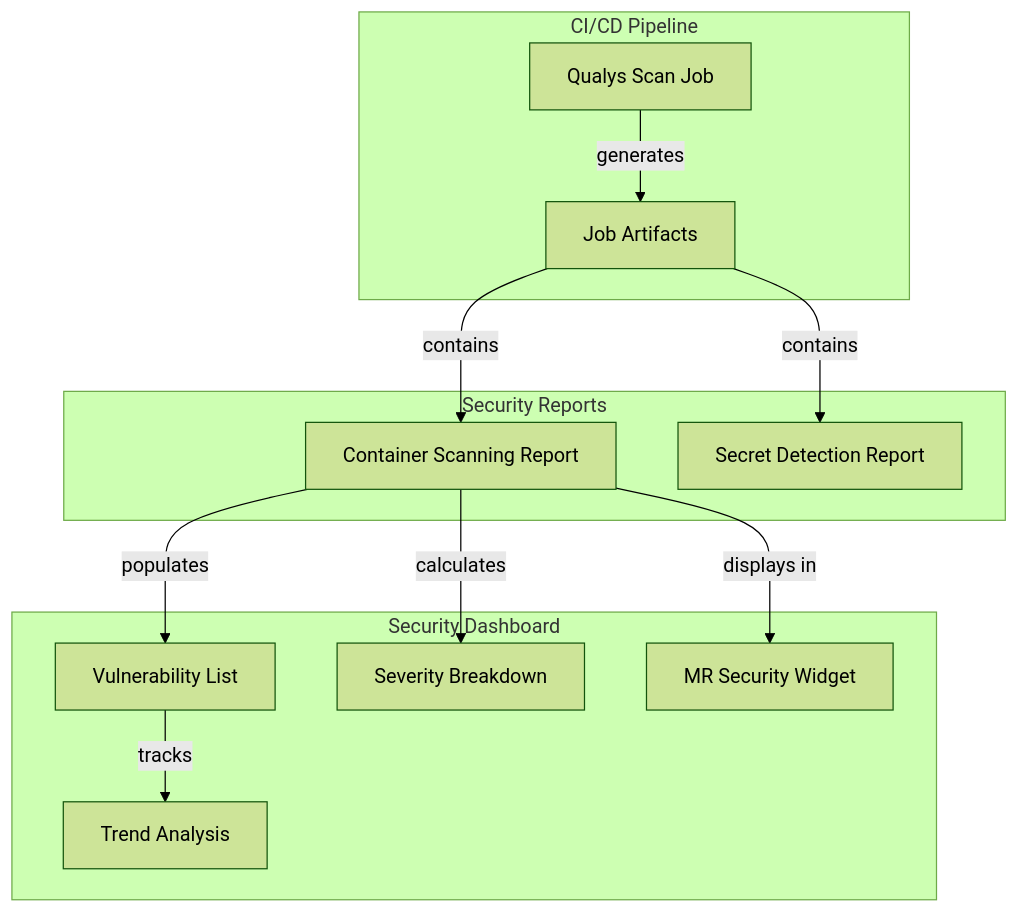
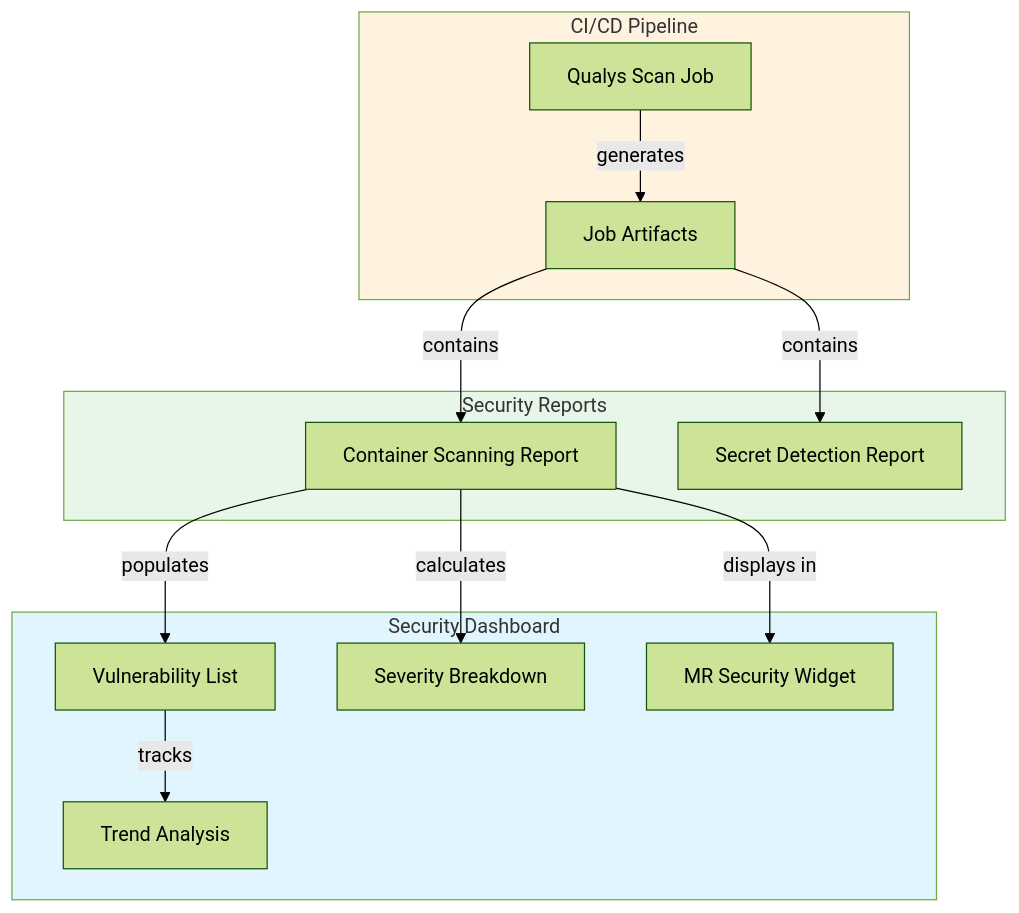
The sixth of 6 diagrams in docs/architecture.md (nelssec/qualys-gitlab), drawn with Mermaid (forest theme) before and after one commit. The commit also changed other lines of this file and 4 other files, not shown here.

````diff
--- a/docs/architecture.md
+++ b/docs/architecture.md
@@ -235,27 +173,31 @@
 ```mermaid
 flowchart TB
-    subgraph Pipeline["CI/CD Pipeline"]
+    subgraph pipeline["CI/CD Pipeline"]
         job["Qualys Scan Job"]
         artifacts["Job Artifacts"]
     end
 
-    subgraph Reports["Security Reports"]
+    subgraph reports["Security Reports"]
         container["Container Scanning Report"]
         secret["Secret Detection Report"]
     end
 
-    subgraph Dashboard["Security Dashboard"]
+    subgraph dashboard["Security Dashboard"]
         vuln_list["Vulnerability List"]
         severity["Severity Breakdown"]
         trends["Trend Analysis"]
         mr_widget["MR Security Widget"]
     end
 
-    job -->|"generates"| artifacts
-    artifacts -->|"contains"| container
-    artifacts -->|"contains"| secret
-    container -->|"populates"| vuln_list
-    container -->|"calculates"| severity
-    vuln_list -->|"tracks"| trends
-    container -->|"displays in"| mr_widget
+    job -->|generates| artifacts
+    artifacts -->|contains| container
+    artifacts -->|contains| secret
+    container -->|populates| vuln_list
+    container -->|calculates| severity
+    vuln_list -->|tracks| trends
+    container -->|displays in| mr_widget
+
+    style pipeline fill:#fff3e0
+    style reports fill:#e8f5e9
+    style dashboard fill:#e1f5fe
 ```
````
